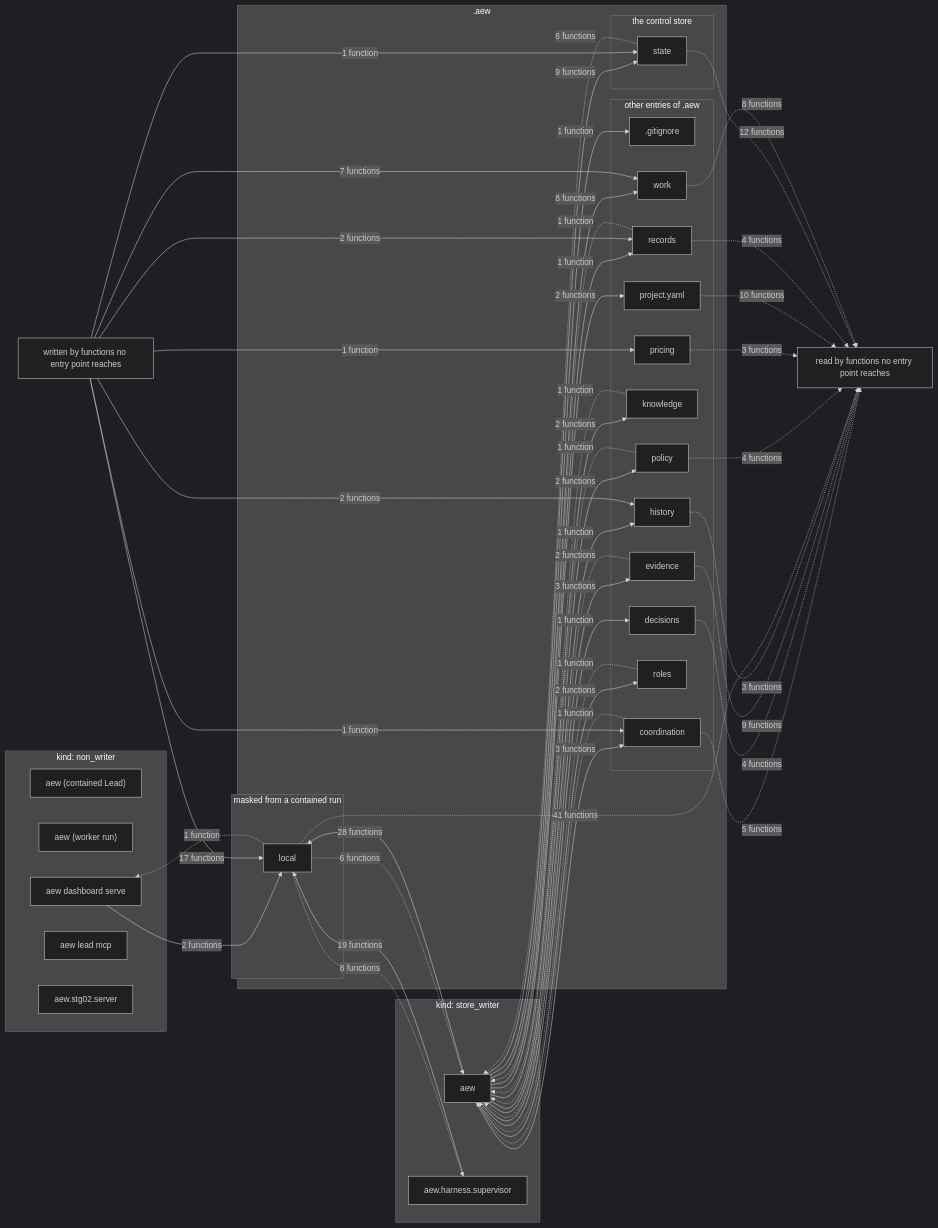
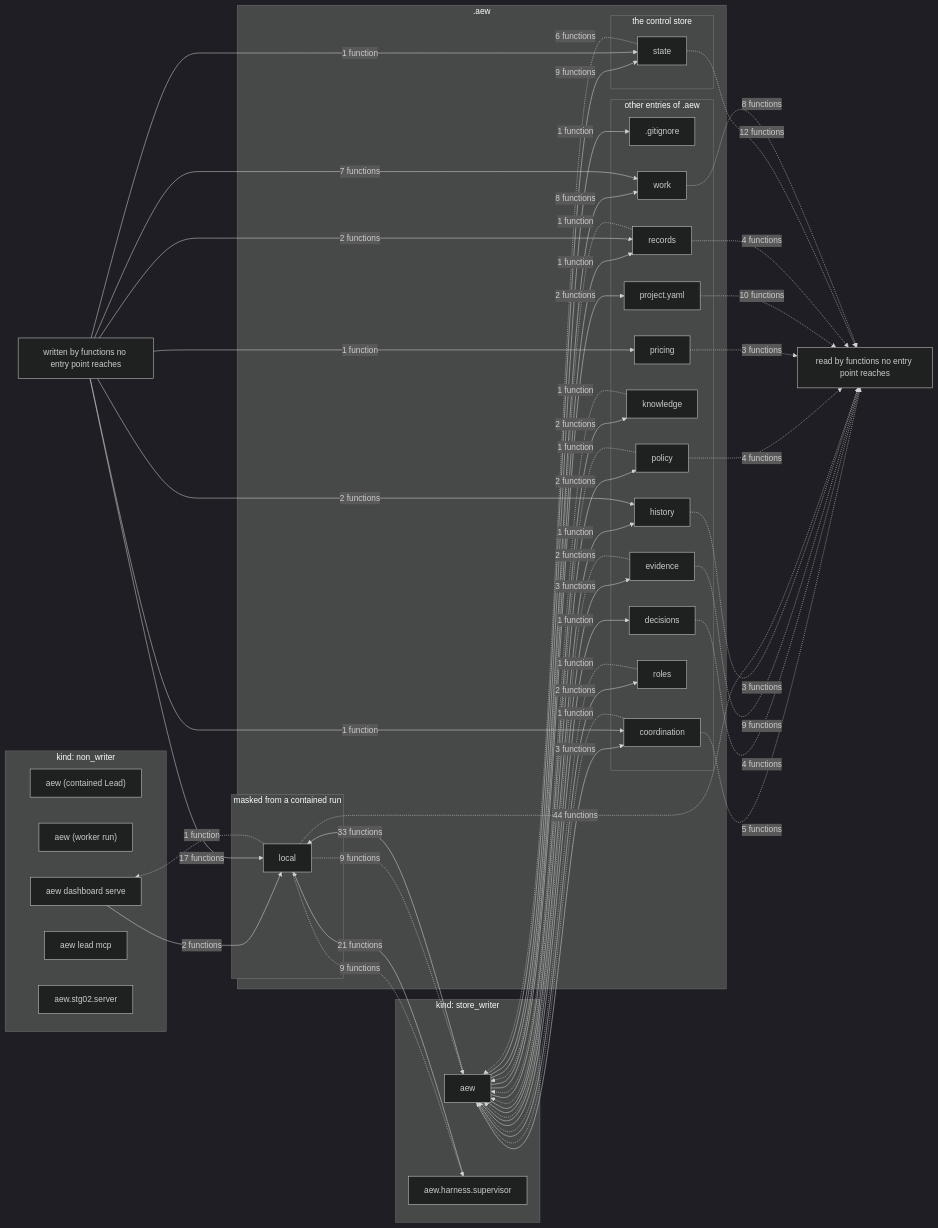
One commit to JonSmithTLT/Agentic-Engineering-Workflow changed the diagram in docs/reference/data-flow.md. Above: the diagram before and after it, drawn with Mermaid (dark theme). The commit also changed other lines of this file and 20 other files, not shown here.

````diff
--- a/docs/reference/data-flow.md
+++ b/docs/reference/data-flow.md
@@ -5,81 +5,81 @@
 ```mermaid
 flowchart LR
     subgraph kind_non_writer["kind: non_writer"]
         proc_aew_contained_lead["aew (contained Lead)"]
         proc_aew_worker_run["aew (worker run)"]
         proc_aew_dashboard_serve["aew dashboard serve"]
         proc_aew_lead_mcp["aew lead mcp"]
         proc_aew_stg02_server["aew.stg02.server"]
     end
     subgraph kind_store_writer["kind: store_writer"]
         proc_aew["aew"]
         proc_aew_harness_supervisor["aew.harness.supervisor"]
     end
     subgraph aew_dir[".aew"]
         subgraph group_store["the control store"]
             path_state["state"]
         end
         subgraph group_masked["masked from a contained run"]
             path_local["local"]
         end
         subgraph group_other["other entries of .aew"]
             path_gitignore[".gitignore"]
             path_coordination["coordination"]
             path_decisions["decisions"]
             path_evidence["evidence"]
             path_history["history"]
             path_knowledge["knowledge"]
             path_policy["policy"]
             path_pricing["pricing"]
             path_project_yaml["project.yaml"]
             path_records["records"]
             path_roles["roles"]
             path_work["work"]
         end
     end
     no_writer["written by functions no entry point reaches"]
     no_reader["read by functions no entry point reaches"]
     proc_aew -->|"1 function"| path_gitignore
     proc_aew -->|"3 functions"| path_coordination
     proc_aew -->|"1 function"| path_decisions
     proc_aew -->|"3 functions"| path_evidence
     proc_aew -->|"1 function"| path_history
     proc_aew -->|"2 functions"| path_knowledge
-    proc_aew -->|"28 functions"| path_local
+    proc_aew -->|"33 functions"| path_local
     proc_aew -->|"2 functions"| path_policy
     proc_aew -->|"2 functions"| path_project_yaml
     proc_aew -->|"1 function"| path_records
     proc_aew -->|"2 functions"| path_roles
     proc_aew -->|"9 functions"| path_state
     proc_aew -->|"8 functions"| path_work
     proc_aew_dashboard_serve -->|"2 functions"| path_local
-    proc_aew_harness_supervisor -->|"19 functions"| path_local
+    proc_aew_harness_supervisor -->|"21 functions"| path_local
     no_writer -->|"1 function"| path_coordination
     no_writer -->|"2 functions"| path_history
     no_writer -->|"17 functions"| path_local
     no_writer -->|"1 function"| path_pricing
     no_writer -->|"2 functions"| path_records
     no_writer -->|"1 function"| path_state
     no_writer -->|"7 functions"| path_work
     path_coordination -.->|"1 function"| proc_aew
     path_evidence -.->|"2 functions"| proc_aew
     path_knowledge -.->|"1 function"| proc_aew
-    path_local -.->|"6 functions"| proc_aew
+    path_local -.->|"9 functions"| proc_aew
     path_policy -.->|"1 function"| proc_aew
     path_records -.->|"1 function"| proc_aew
     path_roles -.->|"1 function"| proc_aew
     path_state -.->|"6 functions"| proc_aew
     path_local -.->|"1 function"| proc_aew_dashboard_serve
-    path_local -.->|"8 functions"| proc_aew_harness_supervisor
+    path_local -.->|"9 functions"| proc_aew_harness_supervisor
     path_coordination -.->|"5 functions"| no_reader
     path_decisions -.->|"4 functions"| no_reader
     path_evidence -.->|"9 functions"| no_reader
     path_history -.->|"3 functions"| no_reader
-    path_local -.->|"41 functions"| no_reader
+    path_local -.->|"44 functions"| no_reader
     path_policy -.->|"4 functions"| no_reader
     path_pricing -.->|"3 functions"| no_reader
     path_project_yaml -.->|"10 functions"| no_reader
     path_records -.->|"4 functions"| no_reader
     path_state -.->|"12 functions"| no_reader
     path_work -.->|"8 functions"| no_reader
 ```
````
